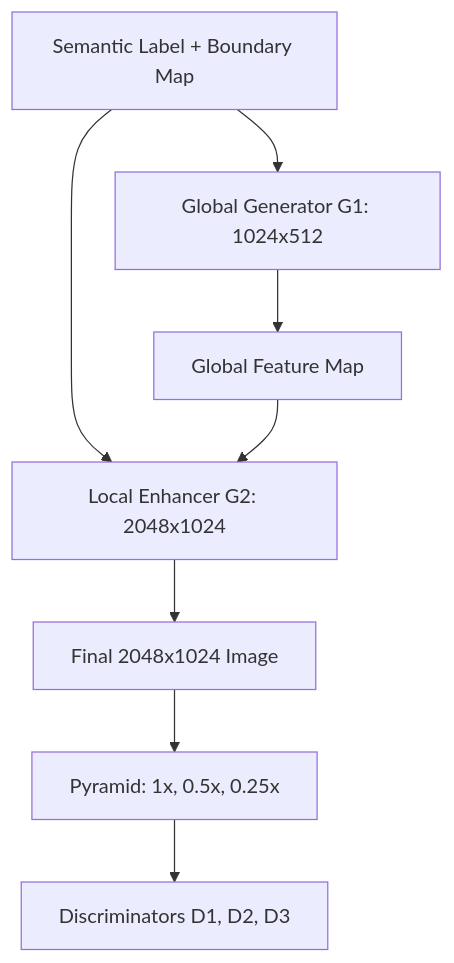
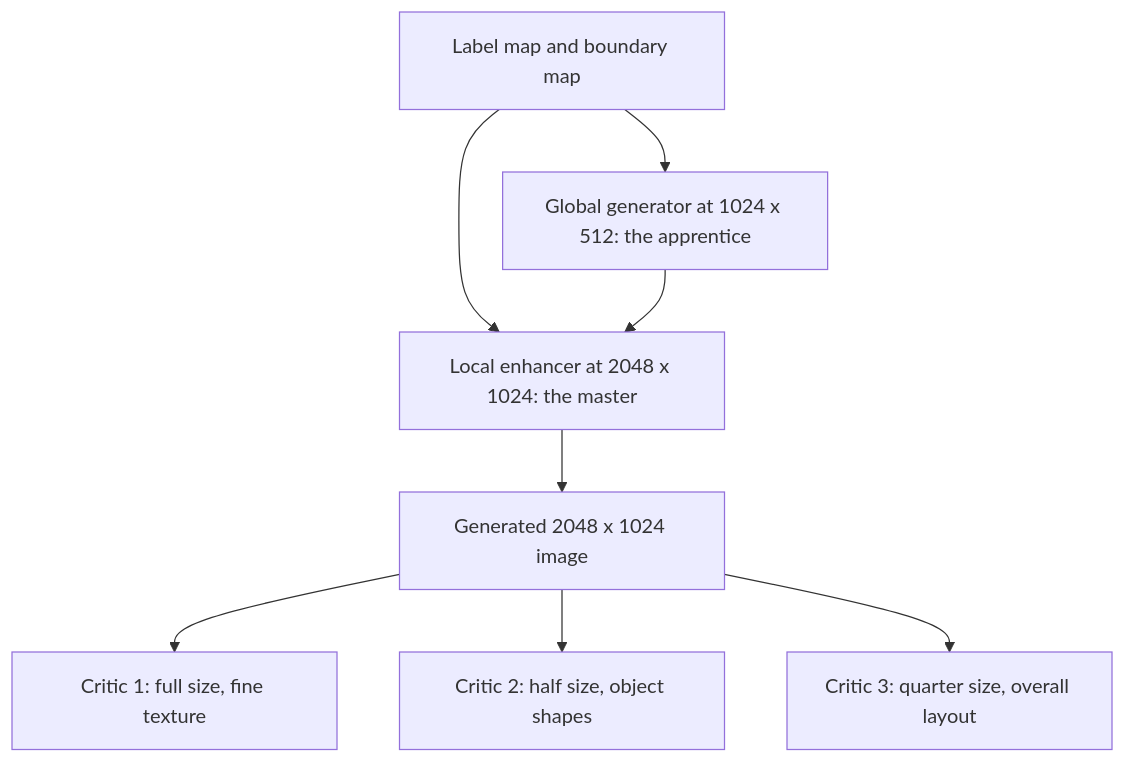
The diagram in content/papers/high-resolution-image-synthesis-and-semantic-manipulation-wi.md (Tarunsai08/PaperStack), drawn with Mermaid before and after one commit. The commit also changed other lines of this file and 9 other files, not shown here.

````diff
--- a/content/papers/high-resolution-image-synthesis-and-semantic-manipulation-wi.md
+++ b/content/papers/high-resolution-image-synthesis-and-semantic-manipulation-wi.md
@@ -123,10 +83,10 @@
 ```mermaid
 flowchart TD
-    A[Semantic Label + Boundary Map] --> B[Global Generator G1: 1024x512]
-    B --> C[Global Feature Map]
-    A --> D[Local Enhancer G2: 2048x1024]
-    C --> D
-    D --> E[Final 2048x1024 Image]
-    E --> F[Pyramid: 1x, 0.5x, 0.25x]
-    F --> G[Discriminators D1, D2, D3]
+  A[Label map and boundary map] --> B[Global generator at 1024 x 512: the apprentice]
+  A --> C[Local enhancer at 2048 x 1024: the master]
+  B --> C
+  C --> D[Generated 2048 x 1024 image]
+  D --> E[Critic 1: full size, fine texture]
+  D --> F[Critic 2: half size, object shapes]
+  D --> G[Critic 3: quarter size, overall layout]
 ```
````
